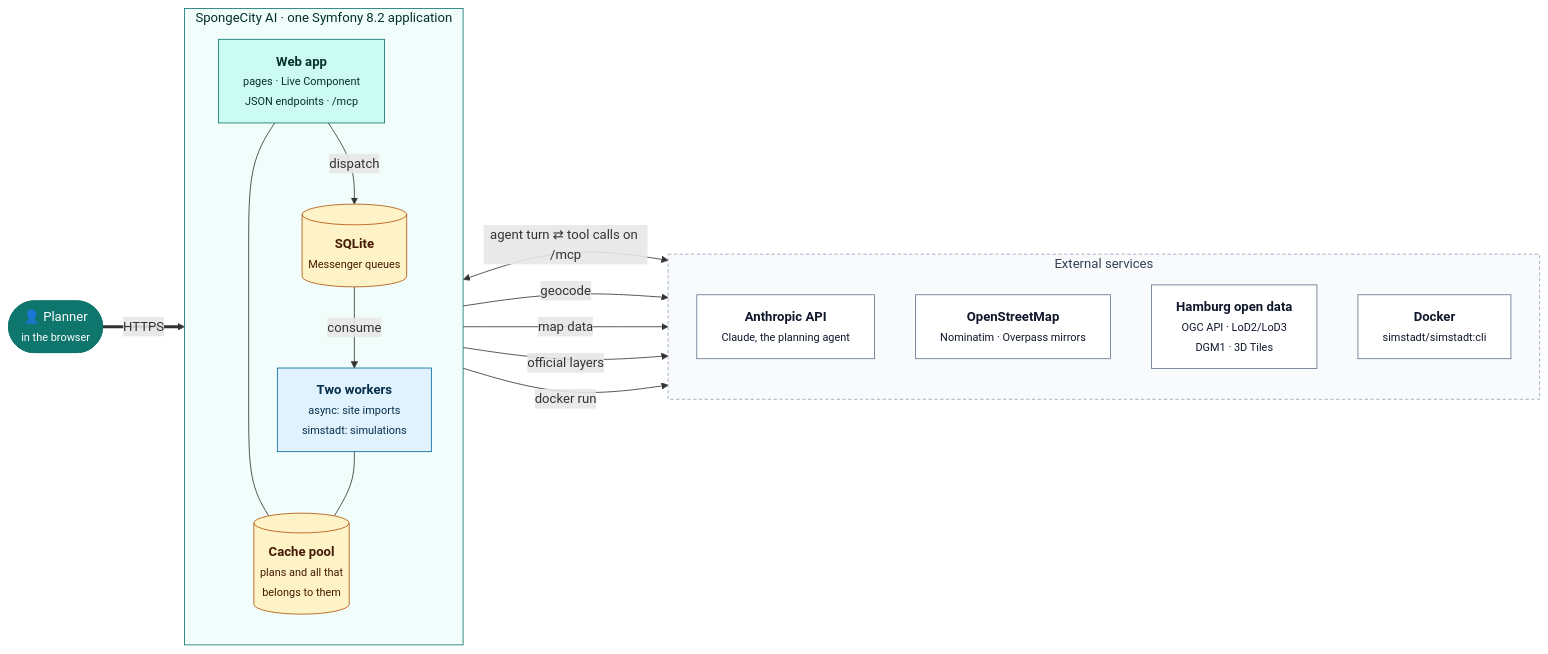
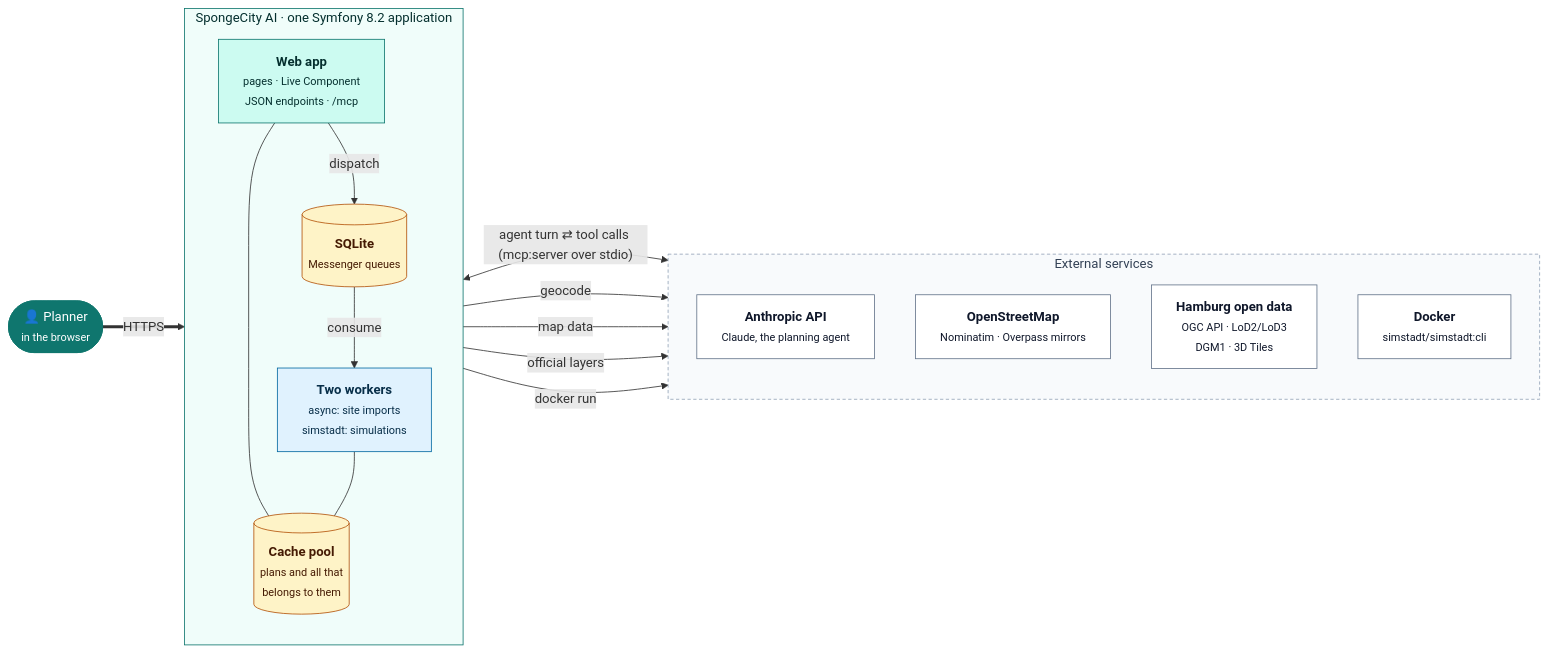
Before and after one commit to davidgorges/spongecity-ai-public: the first of 10 diagrams in docs/overview.md, drawn with Mermaid. The commit also changed other lines of this file and 10 other files, not shown here.

First line of the commit message:
Agent reaches its MCP tools over stdio instead of HTTP

````diff
--- a/docs/overview.md
+++ b/docs/overview.md
@@ -41,43 +41,43 @@
 ```mermaid
 flowchart LR
     user(["👤 Planner<br/><small>in the browser</small>"])
 
     subgraph app["SpongeCity AI · one Symfony 8.2 application"]
         direction TB
         web["<b>Web app</b><br/><small>pages · Live Component<br/>JSON endpoints · /mcp</small>"]
         stores[("<b>Cache pool</b><br/><small>plans and all that<br/>belongs to them</small>")]
         queue[("<b>SQLite</b><br/><small>Messenger queues</small>")]
         workers["<b>Two workers</b><br/><small>async: site imports<br/>simstadt: simulations</small>"]
         web --- stores
         web -- "dispatch" --> queue -- "consume" --> workers
         workers --- stores
     end
 
     subgraph ext["External services"]
         direction TB
         claude["<b>Anthropic API</b><br/><small>Claude, the planning agent</small>"]
         osm["<b>OpenStreetMap</b><br/><small>Nominatim · Overpass mirrors</small>"]
         hh["<b>Hamburg open data</b><br/><small>OGC API · LoD2/LoD3<br/>DGM1 · 3D Tiles</small>"]
         docker["<b>Docker</b><br/><small>simstadt/simstadt:cli</small>"]
     end
 
     user == "HTTPS" ==> web
-    web <-- "agent turn ⇄ tool calls on /mcp" --> claude
+    web <-- "agent turn ⇄ tool calls (mcp:server over stdio)" --> claude
     web -- "geocode" --> osm
     workers -- "map data" --> osm
     workers -- "official layers" --> hh
     workers -- "docker run" --> docker
 
     classDef person fill:#0f766e,stroke:#0f766e,color:#ffffff
     classDef core fill:#ccfbf1,stroke:#0f766e,color:#042f2e
     classDef worker fill:#e0f2fe,stroke:#0369a1,color:#082f49
     classDef data fill:#fef3c7,stroke:#b45309,color:#451a03
     classDef external fill:#ffffff,stroke:#64748b,color:#0f172a
     class user person
     class web core
     class workers worker
     class stores,queue data
     class claude,osm,hh,docker external
     style app fill:#f0fdfa,stroke:#0f766e,stroke-width:1px,color:#042f2e
     style ext fill:#f8fafc,stroke:#94a3b8,stroke-dasharray:4 3,color:#334155
 ```
````
